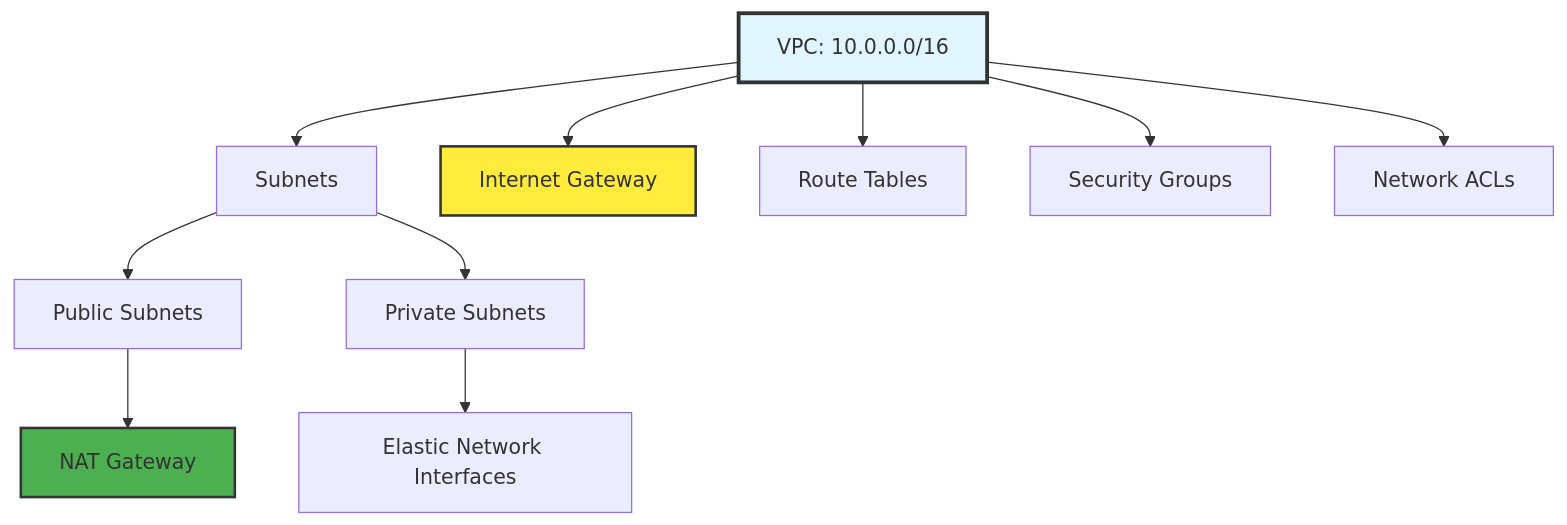
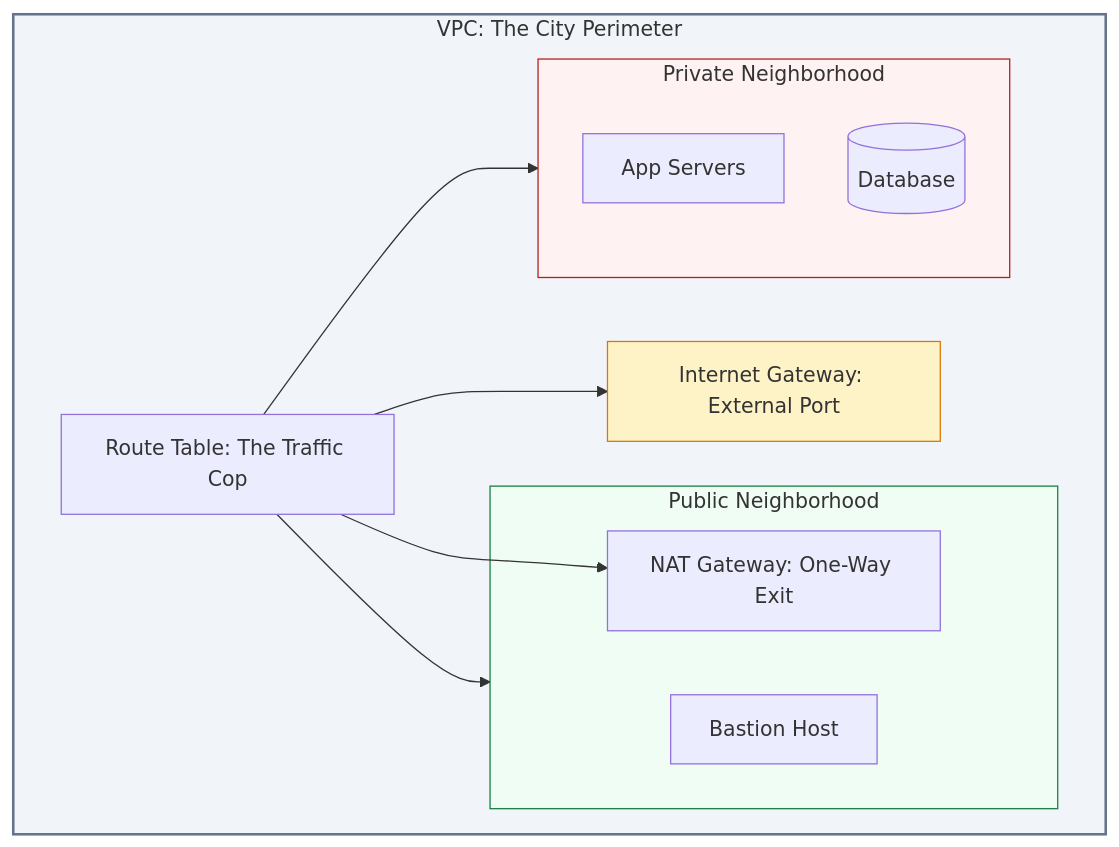
The diagram in 2-Intermediate/01-Phase-1/01-Networking/01-VPC-Fundamentals/03-VPC-Components-Overview/README.md (Ganil151/Devops), drawn with Mermaid before and after one commit. The commit also changed other lines of this file and 15 other files, not shown here.

````diff
--- a/2-Intermediate/01-Phase-1/01-Networking/01-VPC-Fundamentals/03-VPC-Components-Overview/README.md
+++ b/2-Intermediate/01-Phase-1/01-Networking/01-VPC-Fundamentals/03-VPC-Components-Overview/README.md
@@ -7,18 +5,27 @@
 ```mermaid
 graph TD
-    VPC[VPC: 10.0.0.0/16] --> Subnets[Subnets]
-    VPC --> IGW[Internet Gateway]
-    VPC --> RT[Route Tables]
-    VPC --> SG[Security Groups]
-    VPC --> NACL[Network ACLs]
-
-Subnets --> PublicSub[Public Subnets]
-    Subnets --> PrivateSub[Private Subnets]
-
-PublicSub --> NAT[NAT Gateway]
-    PrivateSub --> ENI[Elastic Network Interfaces]
-
-style VPC fill:#e1f5ff,stroke:#333,stroke-width:3px
-    style IGW fill:#ffeb3b,stroke:#333,stroke-width:2px
-    style NAT fill:#4caf50,stroke:#333,stroke-width:2px
+    subgraph VPC_Scope[VPC: The City Perimeter]
+        IGW[Internet Gateway: External Port]
+        
+        subgraph Public_Zone[Public Neighborhood]
+            NAT[NAT Gateway: One-Way Exit]
+            Bastion[Bastion Host]
+        end
+        
+        subgraph Private_Zone[Private Neighborhood]
+            App[App Servers]
+            DB[(Database)]
+        end
+        
+        RT[Route Table: The Traffic Cop]
+        RT --> IGW
+        RT --> NAT
+        RT --> Public_Zone
+        RT --> Private_Zone
+    end
+    
+    style VPC_Scope fill:#f1f5f9,stroke:#64748b,stroke-width:2px
+    style Public_Zone fill:#f0fdf4,stroke:#15803d
+    style Private_Zone fill:#fef2f2,stroke:#b91c1c
+    style IGW fill:#fef3c7,stroke:#d97706
 ```
````
